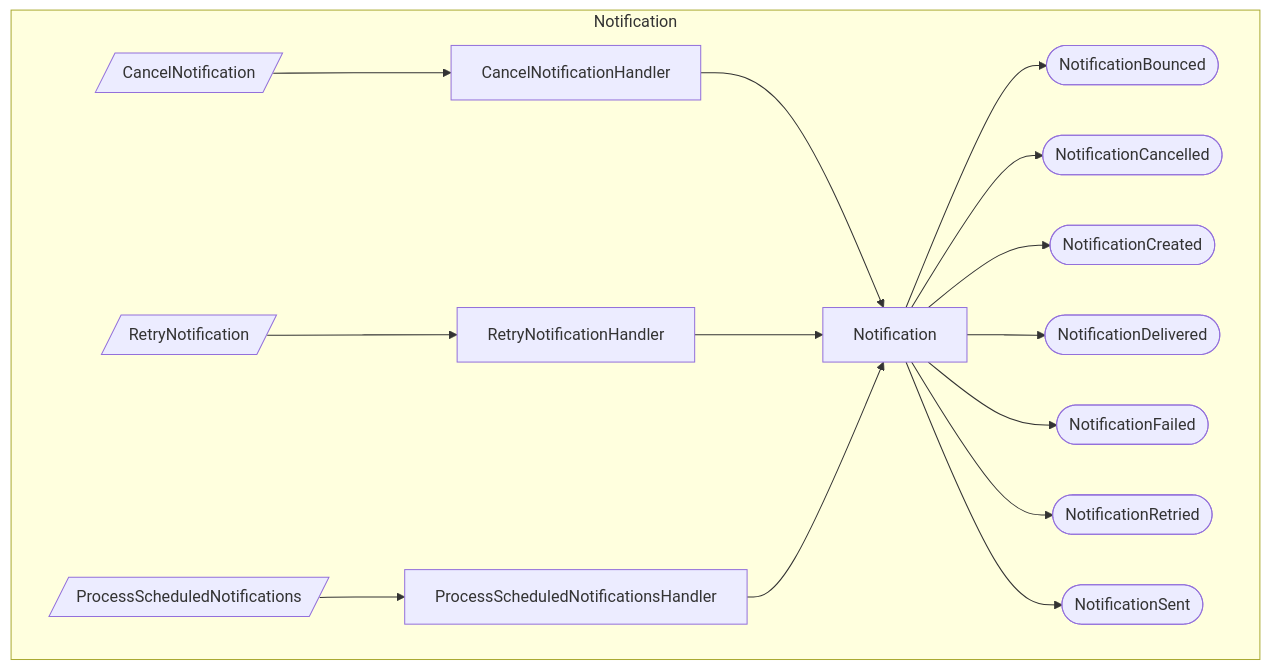
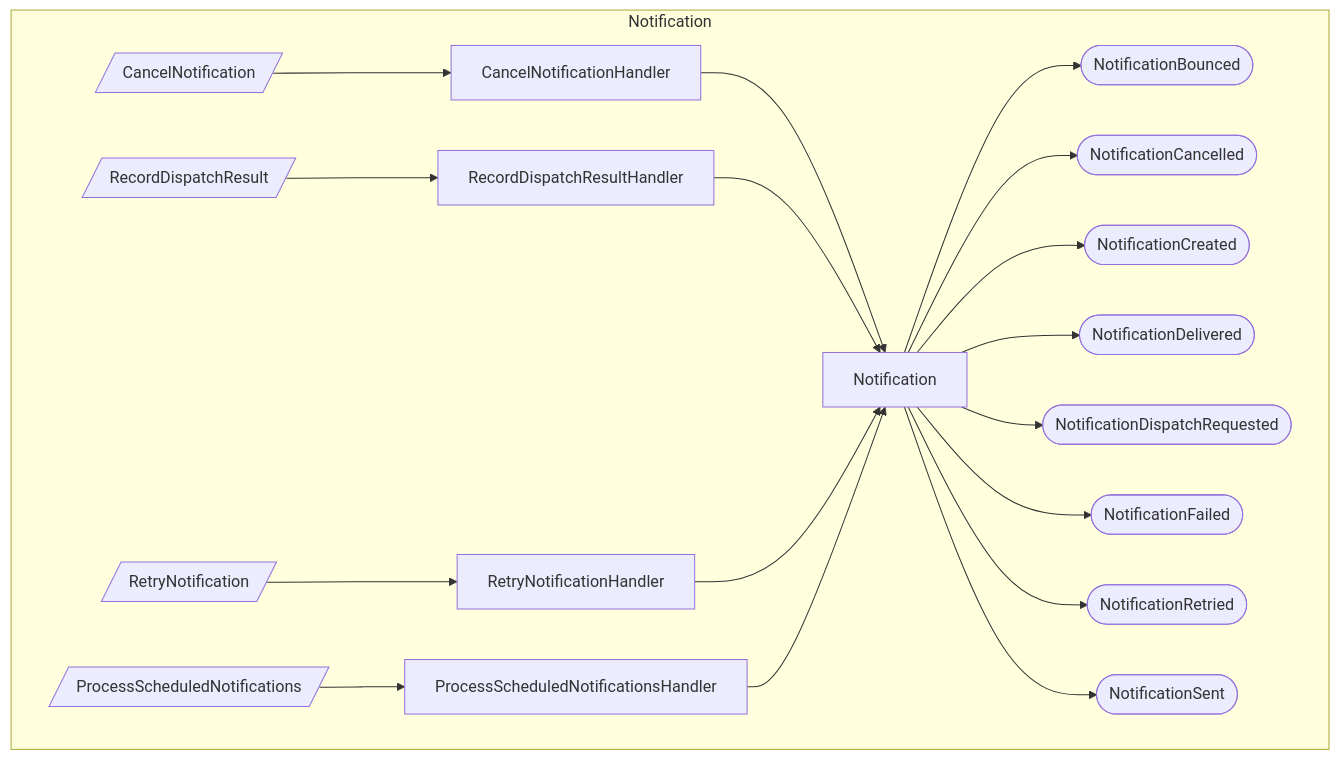
One commit to proteanhq/shopstream changed the first of 3 diagrams in docs/notifications/event-flows.md. Above: the diagram before and after it, drawn with Mermaid. The commit also changed other lines of this file and 33 other files, not shown here.

````diff
--- a/docs/notifications/event-flows.md
+++ b/docs/notifications/event-flows.md
@@ -3,32 +3,38 @@
 ```mermaid
 flowchart TD
     subgraph notifications_notification_notification_Notification[Notification]
         agg_notifications_notification_notification_Notification[Notification]
         cmd_notifications_notification_cancellation_CancelNotification[/CancelNotification/]
+        cmd_notifications_notification_dispatch_RecordDispatchResult[/RecordDispatchResult/]
         cmd_notifications_notification_retry_RetryNotification[/RetryNotification/]
         cmd_notifications_notification_scheduler_ProcessScheduledNotifications[/ProcessScheduledNotifications/]
         evt_notifications_notification_events_NotificationBounced([NotificationBounced])
         evt_notifications_notification_events_NotificationCancelled([NotificationCancelled])
         evt_notifications_notification_events_NotificationCreated([NotificationCreated])
         evt_notifications_notification_events_NotificationDelivered([NotificationDelivered])
+        evt_notifications_notification_events_NotificationDispatchRequested([NotificationDispatchRequested])
         evt_notifications_notification_events_NotificationFailed([NotificationFailed])
         evt_notifications_notification_events_NotificationRetried([NotificationRetried])
         evt_notifications_notification_events_NotificationSent([NotificationSent])
         hdlr_notifications_notification_cancellation_CancelNotificationHandler[CancelNotificationHandler]
+        hdlr_notifications_notification_dispatch_RecordDispatchResultHandler[RecordDispatchResultHandler]
         hdlr_notifications_notification_retry_RetryNotificationHandler[RetryNotificationHandler]
         hdlr_notifications_notification_scheduler_ProcessScheduledNotificationsHandler[ProcessScheduledNotificationsHandler]
     end
     cmd_notifications_notification_cancellation_CancelNotification --> hdlr_notifications_notification_cancellation_CancelNotificationHandler
     hdlr_notifications_notification_cancellation_CancelNotificationHandler --> agg_notifications_notification_notification_Notification
+    cmd_notifications_notification_dispatch_RecordDispatchResult --> hdlr_notifications_notification_dispatch_RecordDispatchResultHandler
+    hdlr_notifications_notification_dispatch_RecordDispatchResultHandler --> agg_notifications_notification_notification_Notification
     cmd_notifications_notification_retry_RetryNotification --> hdlr_notifications_notification_retry_RetryNotificationHandler
     hdlr_notifications_notification_retry_RetryNotificationHandler --> agg_notifications_notification_notification_Notification
     cmd_notifications_notification_scheduler_ProcessScheduledNotifications --> hdlr_notifications_notification_scheduler_ProcessScheduledNotificationsHandler
     hdlr_notifications_notification_scheduler_ProcessScheduledNotificationsHandler --> agg_notifications_notification_notification_Notification
     agg_notifications_notification_notification_Notification --> evt_notifications_notification_events_NotificationBounced
     agg_notifications_notification_notification_Notification --> evt_notifications_notification_events_NotificationCancelled
     agg_notifications_notification_notification_Notification --> evt_notifications_notification_events_NotificationCreated
     agg_notifications_notification_notification_Notification --> evt_notifications_notification_events_NotificationDelivered
+    agg_notifications_notification_notification_Notification --> evt_notifications_notification_events_NotificationDispatchRequested
     agg_notifications_notification_notification_Notification --> evt_notifications_notification_events_NotificationFailed
     agg_notifications_notification_notification_Notification --> evt_notifications_notification_events_NotificationRetried
     agg_notifications_notification_notification_Notification --> evt_notifications_notification_events_NotificationSent
 ```
````
